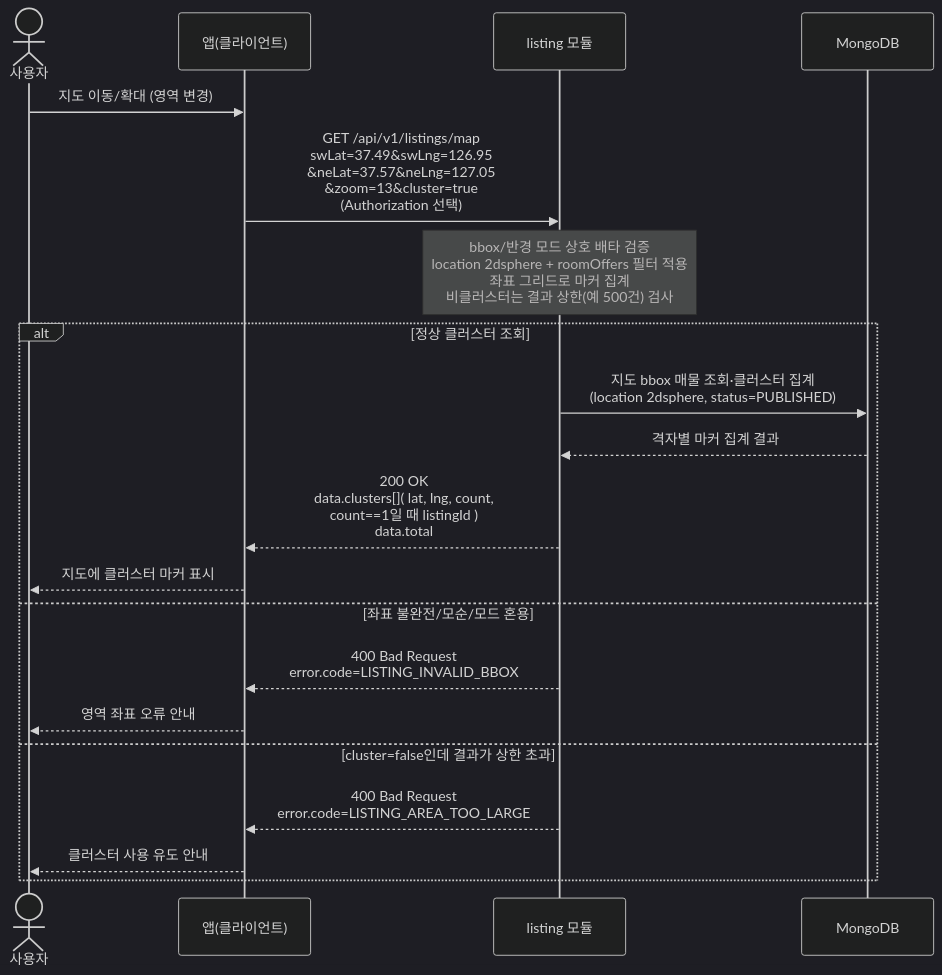
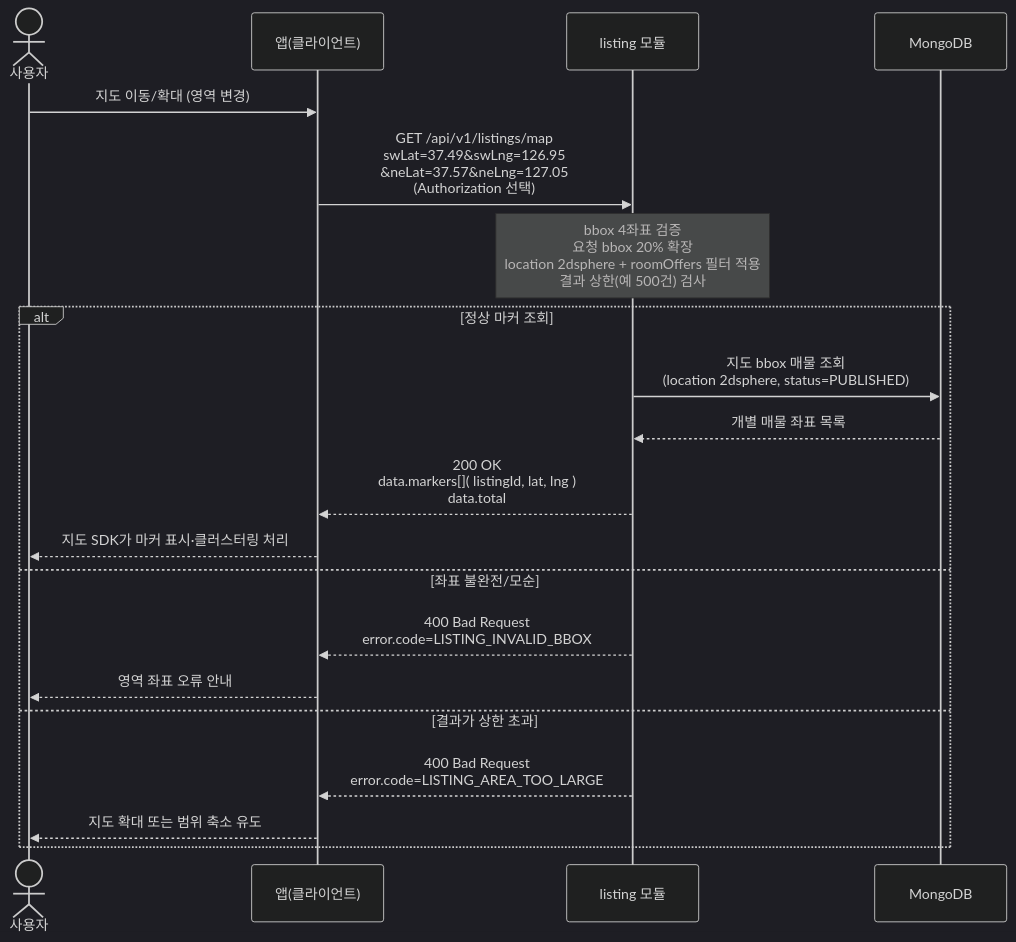
One commit to jameskim9509/Kohere-backend changed the diagram in docs/architecture/sequence-diagrams/03-listings-favorites/us-3-2-map-bbox-cluster-search.md. Above: the diagram before and after it, drawn with Mermaid (dark theme). The commit also changed other lines of this file and 20 other files, not shown here.

````diff
--- a/docs/architecture/sequence-diagrams/03-listings-favorites/us-3-2-map-bbox-cluster-search.md
+++ b/docs/architecture/sequence-diagrams/03-listings-favorites/us-3-2-map-bbox-cluster-search.md
@@ -5,23 +5,23 @@
 ```mermaid
 sequenceDiagram
     actor U as 사용자
     participant C as 앱(클라이언트)
     participant LIST as listing 모듈
     participant DB as MongoDB
 
     U->>C: 지도 이동/확대 (영역 변경)
-    C->>LIST: GET /api/v1/listings/map<br/>swLat=37.49&swLng=126.95<br/>&neLat=37.57&neLng=127.05<br/>&zoom=13&cluster=true<br/>(Authorization 선택)
-    Note over LIST: bbox/반경 모드 상호 배타 검증<br/>location 2dsphere + roomOffers 필터 적용<br/>좌표 그리드로 마커 집계<br/>비클러스터는 결과 상한(예 500건) 검사
-    alt 정상 클러스터 조회
-        LIST->>DB: 지도 bbox 매물 조회·클러스터 집계<br/>(location 2dsphere, status=PUBLISHED)
-        DB-->>LIST: 격자별 마커 집계 결과
-        LIST-->>C: 200 OK<br/>data.clusters[]( lat, lng, count,<br/>count==1일 때 listingId )<br/>data.total
-        C-->>U: 지도에 클러스터 마커 표시
-    else 좌표 불완전/모순/모드 혼용
+    C->>LIST: GET /api/v1/listings/map<br/>swLat=37.49&swLng=126.95<br/>&neLat=37.57&neLng=127.05<br/>(Authorization 선택)
+    Note over LIST: bbox 4좌표 검증<br/>요청 bbox 20% 확장<br/>location 2dsphere + roomOffers 필터 적용<br/>결과 상한(예 500건) 검사
+    alt 정상 마커 조회
+        LIST->>DB: 지도 bbox 매물 조회<br/>(location 2dsphere, status=PUBLISHED)
+        DB-->>LIST: 개별 매물 좌표 목록
+        LIST-->>C: 200 OK<br/>data.markers[]( listingId, lat, lng )<br/>data.total
+        C-->>U: 지도 SDK가 마커 표시·클러스터링 처리
+    else 좌표 불완전/모순
         LIST-->>C: 400 Bad Request<br/>error.code=LISTING_INVALID_BBOX
         C-->>U: 영역 좌표 오류 안내
-    else cluster=false인데 결과가 상한 초과
+    else 결과가 상한 초과
         LIST-->>C: 400 Bad Request<br/>error.code=LISTING_AREA_TOO_LARGE
-        C-->>U: 클러스터 사용 유도 안내
+        C-->>U: 지도 확대 또는 범위 축소 유도
     end
 ```
````
